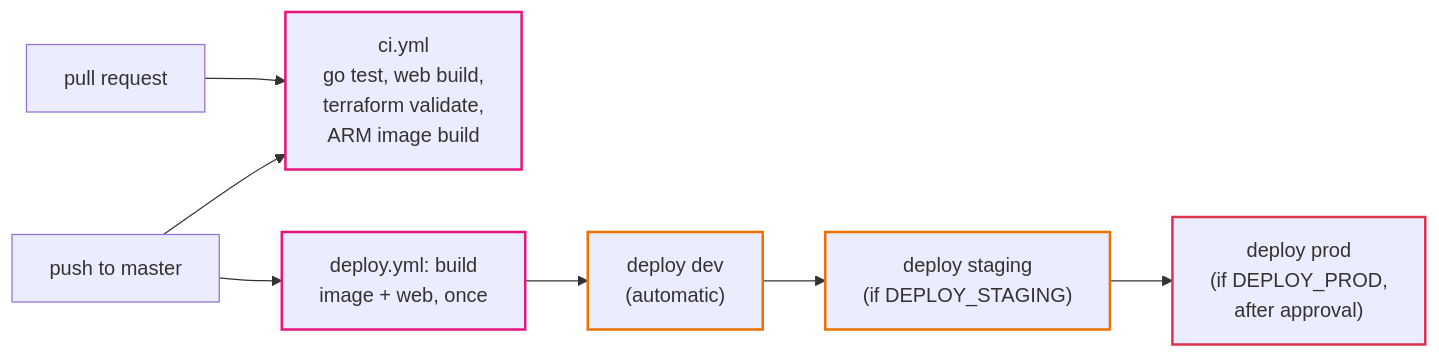
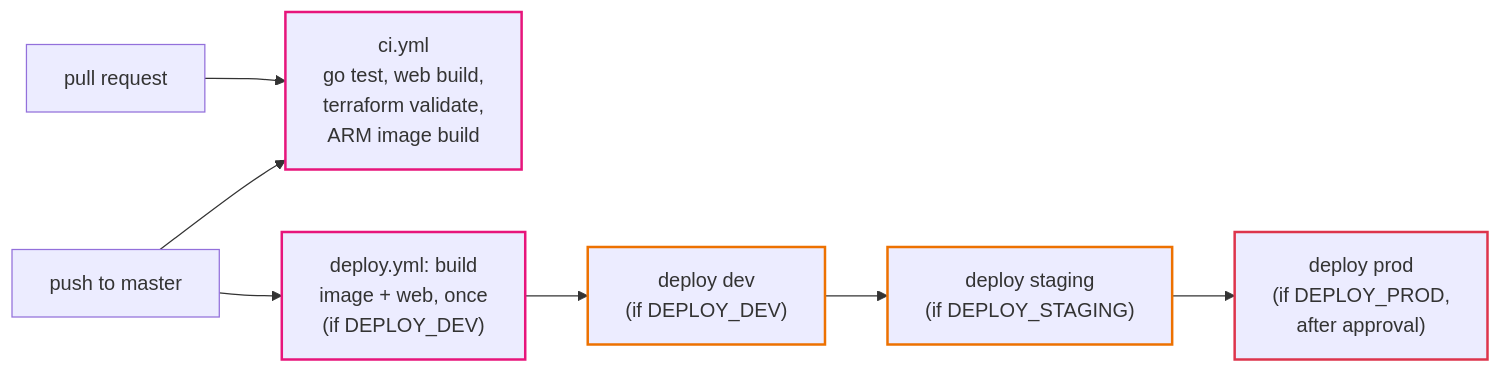
The first of 2 diagrams in docs/steps/08-ci-cd.md (shadreza/aws-three-tier-cloud-ref-architecture), drawn with Mermaid before and after one commit. The commit also changed other lines of this file and 2 other files, not shown here.

Commit message:
ci: run deploys only once DEPLOY_DEV is set
Merging the workflows before the AWS side exists would start deploys that can only fail. The build job, and so every deploy job after it, now waits for the repository variable.

````diff
--- a/docs/steps/08-ci-cd.md
+++ b/docs/steps/08-ci-cd.md
@@ -39,15 +39,15 @@
 ```mermaid
 flowchart LR
     pr["pull request"] --> ci["ci.yml<br/>go test, web build,<br/>terraform validate,<br/>ARM image build"]
     push["push to master"] --> ci
-    push --> build["deploy.yml: build<br/>image + web, once"]
-    build --> dev["deploy dev<br/>(automatic)"]
+    push --> build["deploy.yml: build<br/>image + web, once<br/>(if DEPLOY_DEV)"]
+    build --> dev["deploy dev<br/>(if DEPLOY_DEV)"]
     dev --> stg["deploy staging<br/>(if DEPLOY_STAGING)"]
     stg --> prod["deploy prod<br/>(if DEPLOY_PROD,<br/>after approval)"]
     classDef compute stroke:#ED7100,stroke-width:2px
     classDef jobs stroke:#E7157B,stroke-width:2px
     classDef security stroke:#DD344C,stroke-width:2px
     class ci,build jobs
     class dev,stg compute
     class prod security
 ```
````
